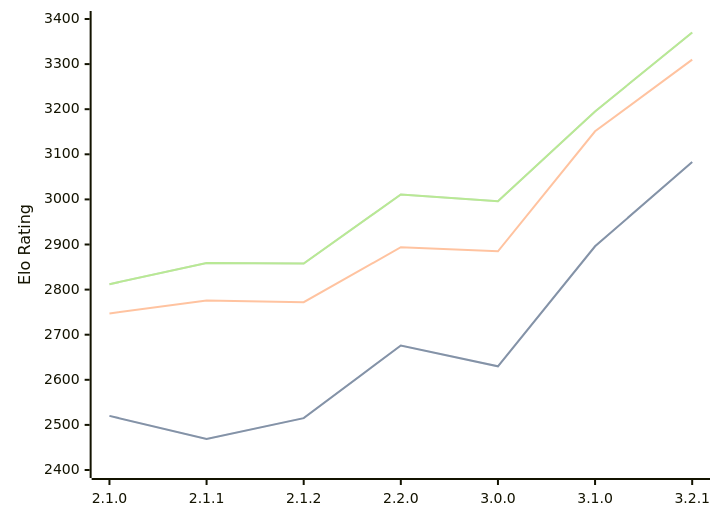
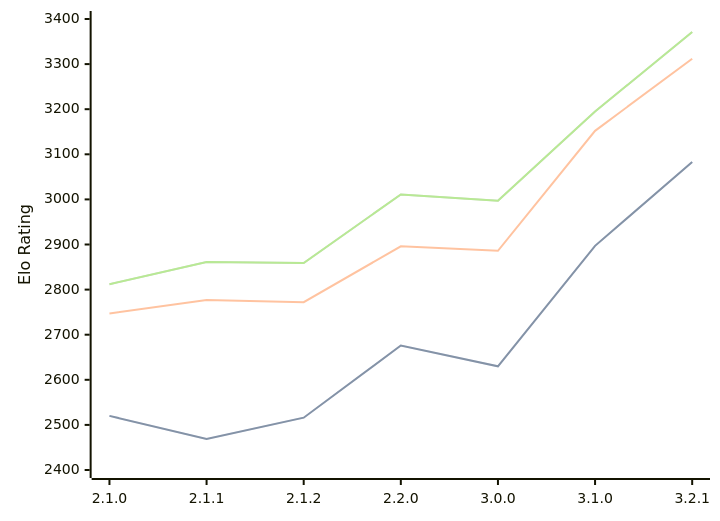
Before and after one commit to computer-chess-index/cci: the third of 3 diagrams in engines/Prune.md, drawn with Mermaid. The commit also changed other lines of this file, not shown here.

Commit message:
Update CCI Ratings (ELO VLTC) - 2026-07-02

````diff
--- a/engines/Prune.md
+++ b/engines/Prune.md
@@ -76,11 +76,11 @@
 ```mermaid
 %%{init: {"theme":"base","themeVariables":{"seriesColors:['#a3a3a3','#222221','#faa371']}}}%%
 xychart-beta
   x-axis ["2.1.0", "2.1.1", "2.1.2", "2.2.0", "3.0.0", "3.1.0", "3.2.1"]
   y-axis "Elo Rating" 2400 --> 3400
-  line "STC (8.0+0.08s)" [2520, 2469, 2515, 2676, 2630, 2896, 3083]
-  line "STC (8.0+0.08s)" [2520, 2469, 2515, 2676, 2630, 2896, 3083]
-  line "LTC (60.0+0.60s)" [2747, 2776, 2772, 2894, 2885, 3151, 3310]
-  line "VLTC (2m24s+1.12s)" [2812, 2859, 2858, 3011, 2996, 3195, 3370]
-  line "VLTC (2m24s+1.12s)" [2812, 2859, 2858, 3011, 2996, 3195, 3370]
+  line "STC (8.0+0.08s)" [2520, 2469, 2516, 2676, 2630, 2897, 3083]
+  line "STC (8.0+0.08s)" [2520, 2469, 2516, 2676, 2630, 2897, 3083]
+  line "LTC (60.0+0.60s)" [2747, 2777, 2772, 2896, 2886, 3152, 3312]
+  line "VLTC (2m24s+1.12s)" [2812, 2861, 2859, 3011, 2997, 3195, 3371]
+  line "VLTC (2m24s+1.12s)" [2812, 2861, 2859, 3011, 2997, 3195, 3371]
 ```
````
